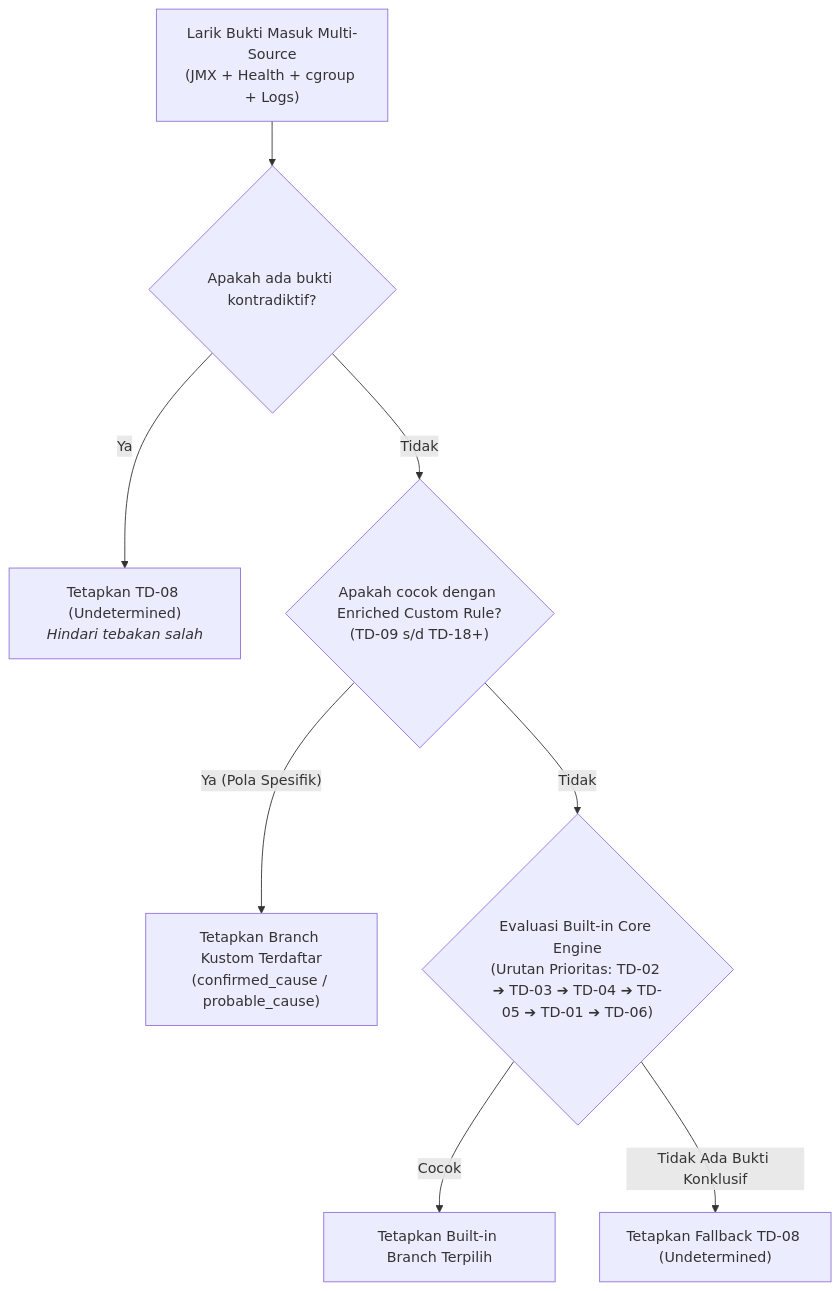
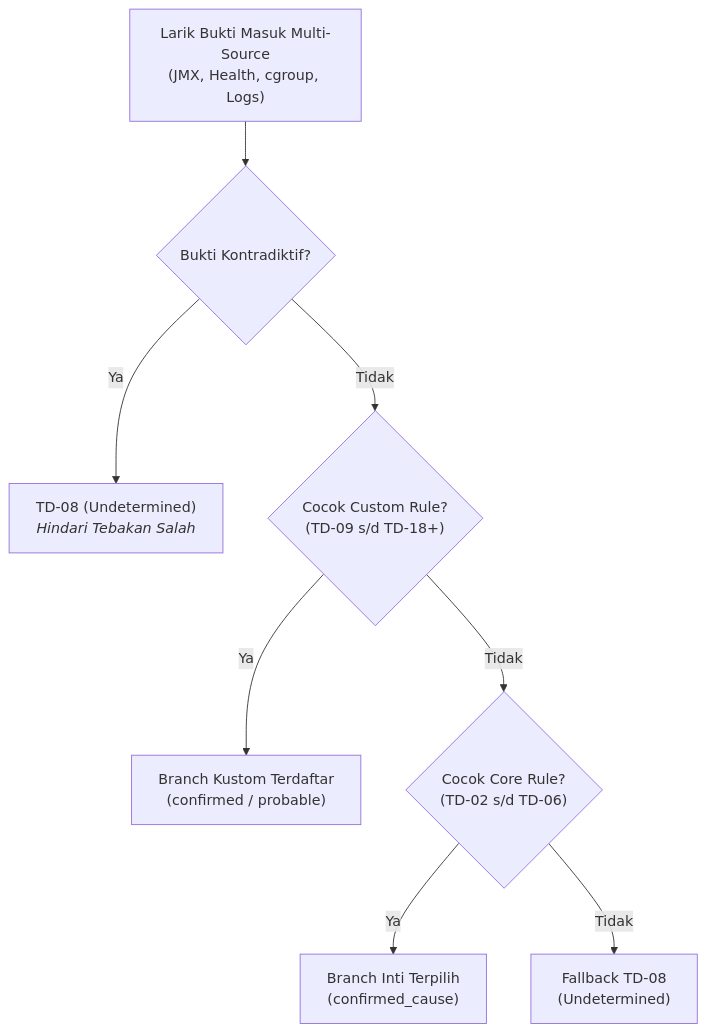
One commit to edkas07-oss/devops-handbook changed the diagram in docs/projects/tomcat-monitoring/diagnostic-mvp/diagnostic-result-and-confidence-contract.md. Above: the diagram before and after it, drawn with Mermaid. The commit also changed 1 other file, not shown here.

Commit message:
docs(faq): align FAQ and contract with writing and documentation standards and fix Mermaid node sizing

````diff
--- a/docs/projects/tomcat-monitoring/diagnostic-mvp/diagnostic-result-and-confidence-contract.md
+++ b/docs/projects/tomcat-monitoring/diagnostic-mvp/diagnostic-result-and-confidence-contract.md
@@ -43,10 +43,10 @@
 ```mermaid
 flowchart TD
-    A["Larik Bukti Masuk Multi-Source<br/>(JMX + Health + cgroup + Logs)"] --> B{"Apakah ada bukti kontradiktif?"}
-    B -- "Ya" --> C["Tetapkan TD-08 (Undetermined)<br/><i>Hindari tebakan salah</i>"]
-    B -- "Tidak" --> D{"Apakah cocok dengan Enriched Custom Rule?<br/>(TD-09 s/d TD-18+)"}
-    D -- "Ya (Pola Spesifik)" --> E["Tetapkan Branch Kustom Terdaftar<br/>(confirmed_cause / probable_cause)"]
-    D -- "Tidak" --> F{"Evaluasi Built-in Core Engine<br/>(Urutan Prioritas: TD-02 ➔ TD-03 ➔ TD-04 ➔ TD-05 ➔ TD-01 ➔ TD-06)"}
-    F -- "Cocok" --> G["Tetapkan Built-in Branch Terpilih"]
-    F -- "Tidak Ada Bukti Konklusif" --> H["Tetapkan Fallback TD-08 (Undetermined)"]
+    A["Larik Bukti Masuk Multi-Source<br/>(JMX, Health, cgroup, Logs)"] --> B{"Bukti Kontradiktif?"}
+    B -- "Ya" --> C["TD-08 (Undetermined)<br/><i>Hindari Tebakan Salah</i>"]
+    B -- "Tidak" --> D{"Cocok Custom Rule?<br/>(TD-09 s/d TD-18+)"}
+    D -- "Ya" --> E["Branch Kustom Terdaftar<br/>(confirmed / probable)"]
+    D -- "Tidak" --> F{"Cocok Core Rule?<br/>(TD-02 s/d TD-06)"}
+    F -- "Ya" --> G["Branch Inti Terpilih<br/>(confirmed_cause)"]
+    F -- "Tidak" --> H["Fallback TD-08<br/>(Undetermined)"]
 ```
````
